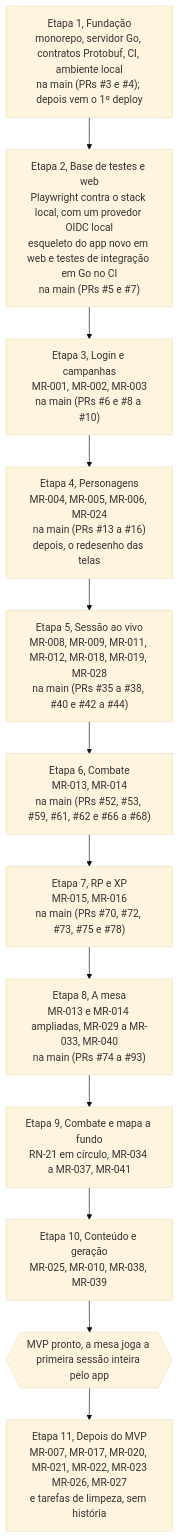
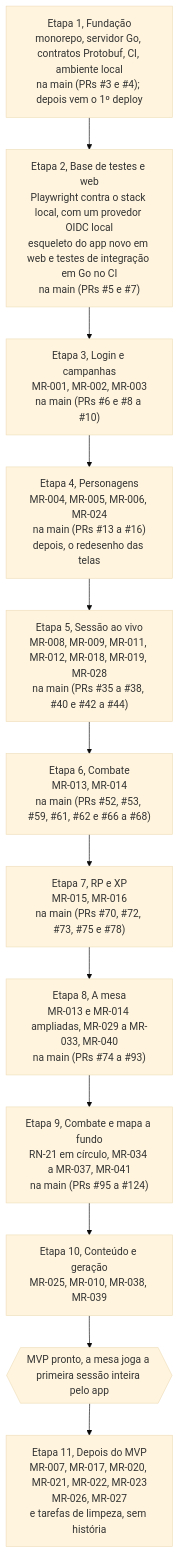
The diagram in docs/roadmap.md (PuraFome/meuRPG), drawn with Mermaid (base theme) before and after one commit. The commit also changed other lines of this file and 2 other files, not shown here.

````diff
--- a/docs/roadmap.md
+++ b/docs/roadmap.md
@@ -5,17 +5,17 @@
 ```mermaid
 flowchart TD
     E1["Etapa 1, Fundação<br/>monorepo, servidor Go, contratos Protobuf, CI, ambiente local<br/>na main (PRs #3 e #4); depois vem o 1º deploy"]
     E2["Etapa 2, Base de testes e web<br/>Playwright contra o stack local, com um provedor OIDC local<br/>esqueleto do app novo em web e testes de integração em Go no CI<br/>na main (PRs #5 e #7)"]
     E3["Etapa 3, Login e campanhas<br/>MR-001, MR-002, MR-003<br/>na main (PRs #6 e #8 a #10)"]
     E4["Etapa 4, Personagens<br/>MR-004, MR-005, MR-006, MR-024<br/>na main (PRs #13 a #16)<br/>depois, o redesenho das telas"]
     E5["Etapa 5, Sessão ao vivo<br/>MR-008, MR-009, MR-011, MR-012, MR-018, MR-019, MR-028<br/>na main (PRs #35 a #38, #40 e #42 a #44)"]
     E6["Etapa 6, Combate<br/>MR-013, MR-014<br/>na main (PRs #52, #53, #59, #61, #62 e #66 a #68)"]
     E7["Etapa 7, RP e XP<br/>MR-015, MR-016<br/>na main (PRs #70, #72, #73, #75 e #78)"]
     E8["Etapa 8, A mesa<br/>MR-013 e MR-014 ampliadas, MR-029 a MR-033, MR-040<br/>na main (PRs #74 a #93)"]
-    E9["Etapa 9, Combate e mapa a fundo<br/>RN-21 em círculo, MR-034 a MR-037, MR-041"]
+    E9["Etapa 9, Combate e mapa a fundo<br/>RN-21 em círculo, MR-034 a MR-037, MR-041<br/>na main (PRs #95 a #124)"]
     E10["Etapa 10, Conteúdo e geração<br/>MR-025, MR-010, MR-038, MR-039"]
     MVP{{"MVP pronto, a mesa joga a primeira sessão inteira pelo app"}}
     E11["Etapa 11, Depois do MVP<br/>MR-007, MR-017, MR-020, MR-021, MR-022, MR-023<br/>MR-026, MR-027<br/>e tarefas de limpeza, sem história"]
 
     E1 --> E2 --> E3 --> E4 --> E5 --> E6 --> E7 --> E8 --> E9 --> E10 --> MVP --> E11
 ```
````
